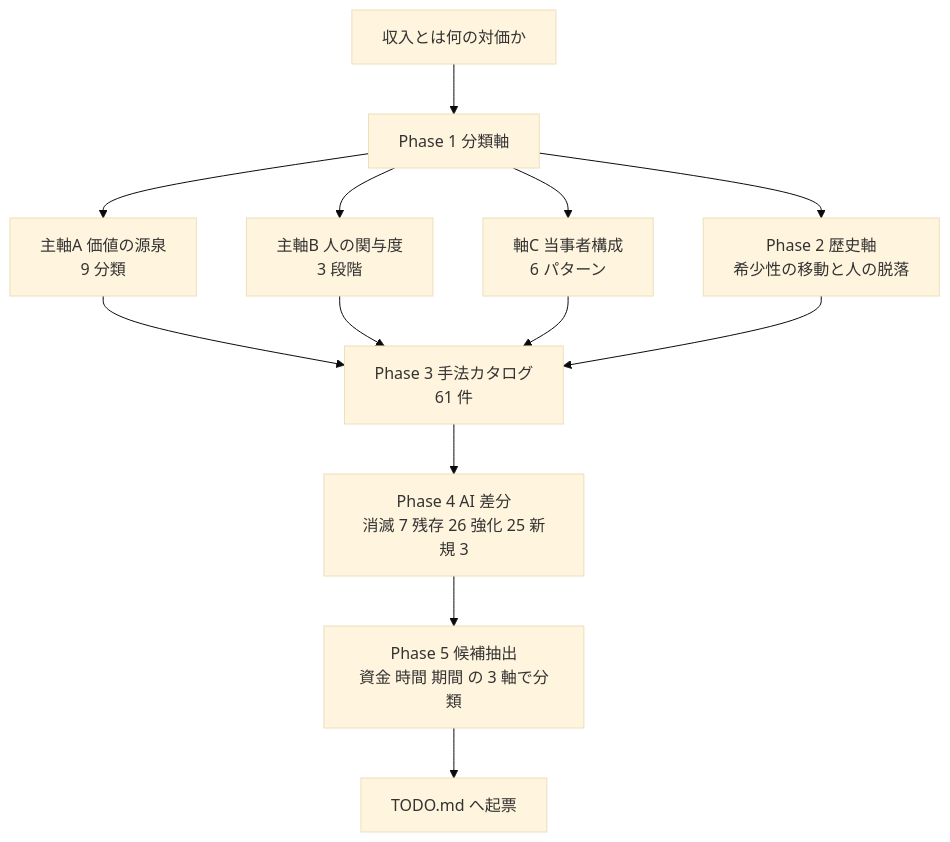
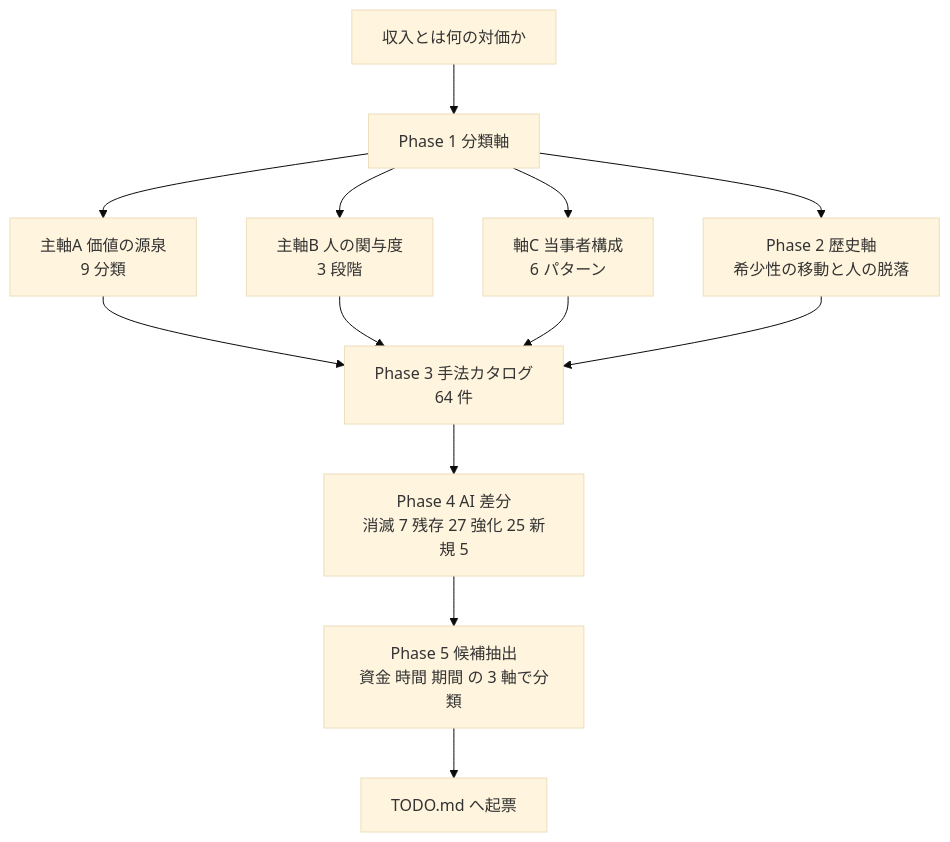
The diagram in docs/specs/income-taxonomy.md (akiraak/ai-income-lab), drawn with Mermaid (base theme) before and after one commit. The commit also changed other lines of this file and 15 other files, not shown here.

````diff
--- a/docs/specs/income-taxonomy.md
+++ b/docs/specs/income-taxonomy.md
@@ -36,15 +50,15 @@
 ```mermaid
 flowchart TB
   Q["収入とは何の対価か"] --> AX["Phase 1 分類軸"]
   AX --> A1["主軸A 価値の源泉<br/>9 分類"]
   AX --> A2["主軸B 人の関与度<br/>3 段階"]
   AX --> A3["軸C 当事者構成<br/>6 パターン"]
   AX --> HIS["Phase 2 歴史軸<br/>希少性の移動と人の脱落"]
-  A1 --> CAT["Phase 3 手法カタログ<br/>61 件"]
+  A1 --> CAT["Phase 3 手法カタログ<br/>64 件"]
   A2 --> CAT
   A3 --> CAT
   HIS --> CAT
-  CAT --> AID["Phase 4 AI 差分<br/>消滅 7 残存 26 強化 25 新規 3"]
+  CAT --> AID["Phase 4 AI 差分<br/>消滅 7 残存 27 強化 25 新規 5"]
   AID --> PICK["Phase 5 候補抽出<br/>資金 時間 期間 の 3 軸で分類"]
   PICK --> T["TODO.md へ起票"]
 ```
````
